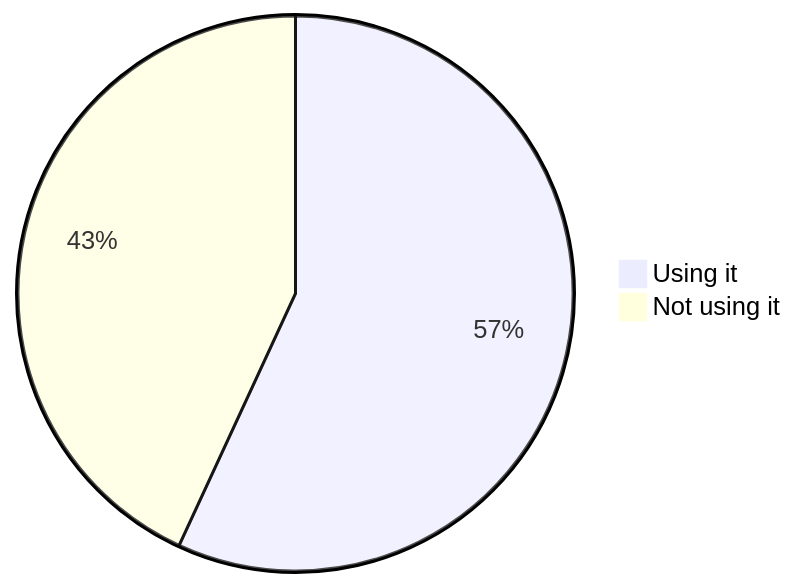
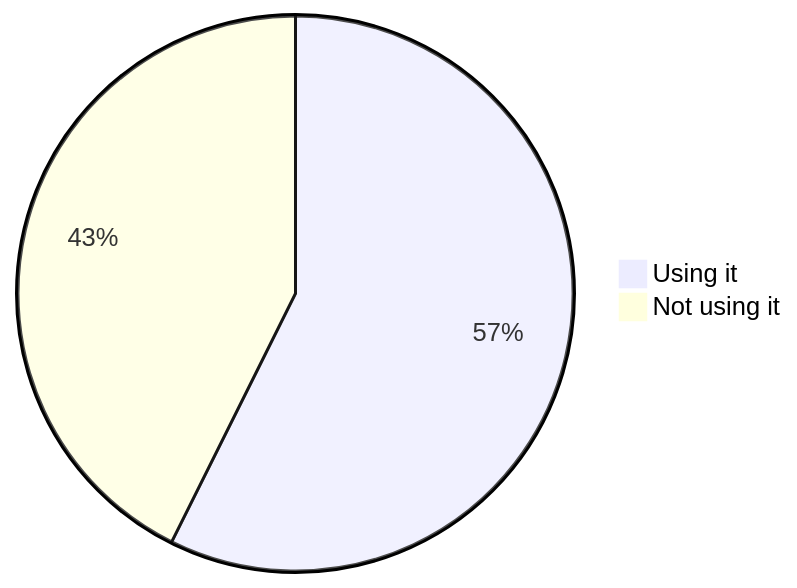
One commit to oshp/oshp-stats changed the second of 22 diagrams in stats.md. Above: the diagram before and after it, drawn with Mermaid. The commit also changed other lines of this file, not shown here.

````diff
--- a/stats.md
+++ b/stats.md
@@ -22,6 +22,6 @@
 ```mermaid
 pie
-	"Using it" : 56.89
-	"Not using it" : 43.11
+	"Using it" : 57.36
+	"Not using it" : 42.64
 
 ```
````
